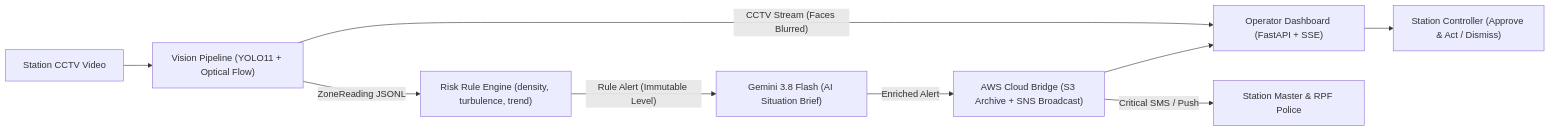
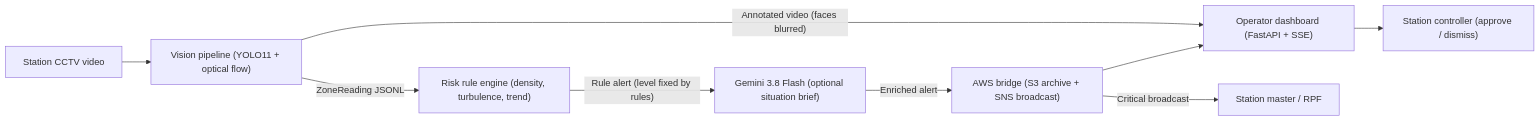
Before and after one commit to ITHA-SUNNY/Station-Crowd-Safety-Agent: the diagram in README.md, drawn with Mermaid. The commit also changed other lines of this file and 14 other files, not shown here.

````diff
--- a/README.md
+++ b/README.md
@@ -13,11 +13,11 @@
 ```mermaid
 flowchart LR
-    V["Station CCTV Video"] --> P["Vision Pipeline (YOLO11 + Optical Flow)"]
-    P -- "ZoneReading JSONL" --> A["Risk Rule Engine (density, turbulence, trend)"]
-    A -- "Rule Alert (Immutable Level)" --> G["Gemini 3.8 Flash (AI Situation Brief)"]
-    G -- "Enriched Alert" --> AWS["AWS Cloud Bridge (S3 Archive + SNS Broadcast)"]
-    AWS --> D["Operator Dashboard (FastAPI + SSE)"]
-    P -- "CCTV Stream (Faces Blurred)" --> D
-    D --> O["Station Controller (Approve & Act / Dismiss)"]
-    AWS -- "Critical SMS / Push" --> M["Station Master & RPF Police"]
+    V["Station CCTV video"] --> P["Vision pipeline (YOLO11 + optical flow)"]
+    P -- "ZoneReading JSONL" --> A["Risk rule engine (density, turbulence, trend)"]
+    A -- "Rule alert (level fixed by rules)" --> G["Gemini 3.8 Flash (optional situation brief)"]
+    G -- "Enriched alert" --> AWS["AWS bridge (S3 archive + SNS broadcast)"]
+    AWS --> D["Operator dashboard (FastAPI + SSE)"]
+    P -- "Annotated video (faces blurred)" --> D
+    D --> O["Station controller (approve / dismiss)"]
+    AWS -- "Critical broadcast" --> M["Station master / RPF"]
 ```
````
